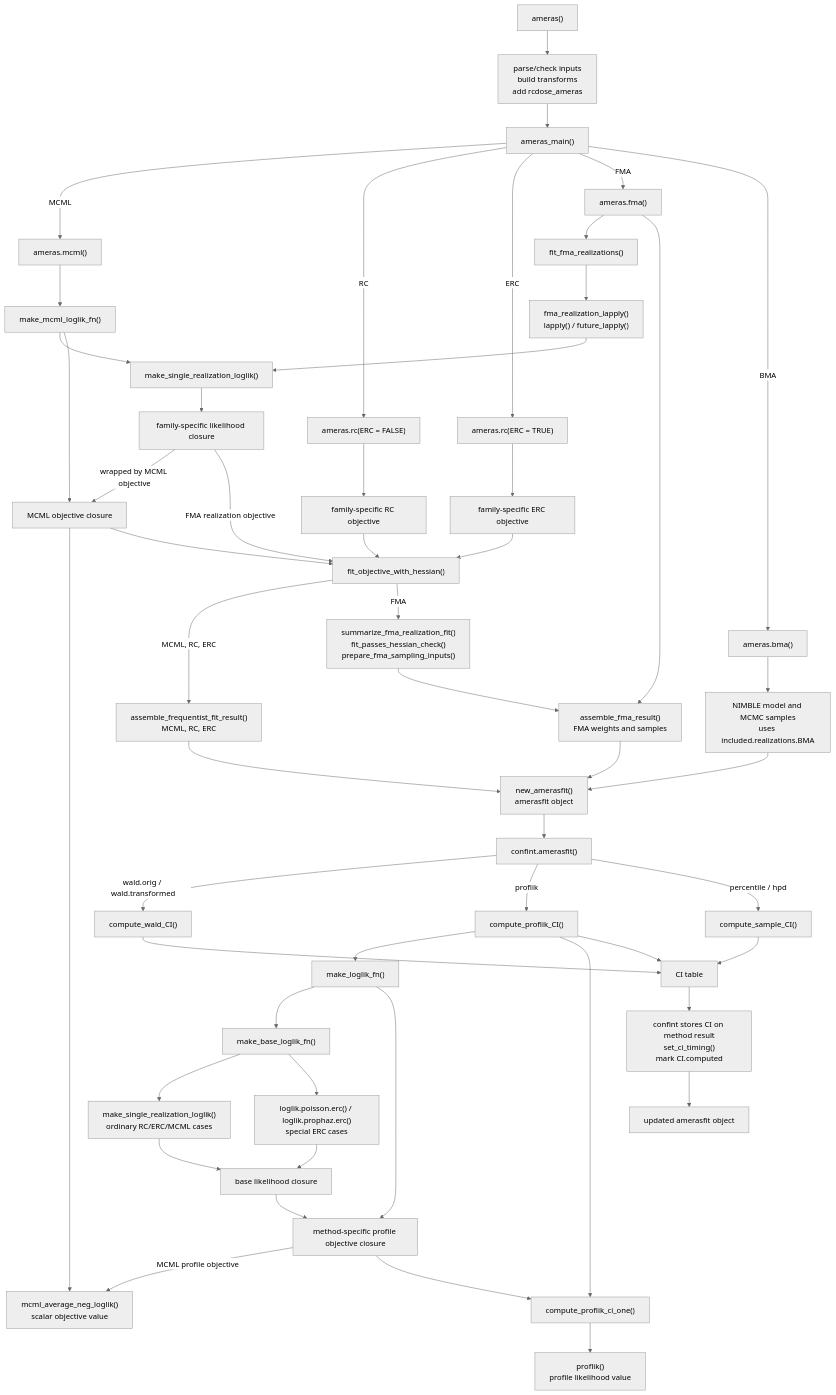
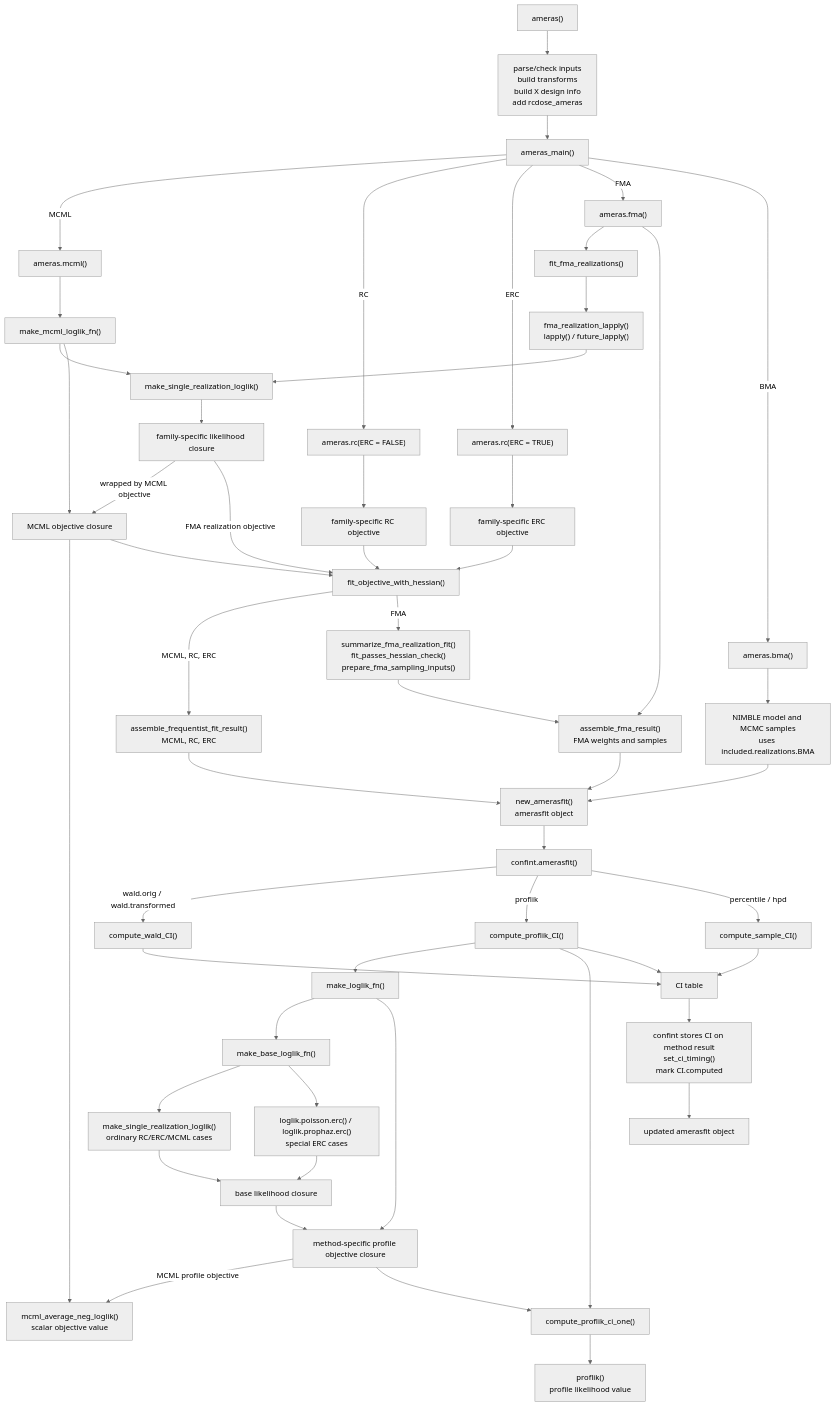
One commit to sanderroberti/ameras changed the diagram in developer-notes/helper-flow.md. Above: the diagram before and after it, drawn with Mermaid (neutral theme). The commit also changed other lines of this file and 6 other files, not shown here.

````diff
--- a/developer-notes/helper-flow.md
+++ b/developer-notes/helper-flow.md
@@ -9,63 +9,63 @@
 ```mermaid
 flowchart TD
-  A["ameras()"] --> B["parse/check inputs<br/>build transforms<br/>add rcdose_ameras"]
+  A["ameras()"] --> B["parse/check inputs<br/>build transforms<br/>build X design info<br/>add rcdose_ameras"]
   B --> C["ameras_main()"]
 
   C -->|MCML| D["ameras.mcml()"]
   C -->|RC| E["ameras.rc(ERC = FALSE)"]
   C -->|ERC| F["ameras.rc(ERC = TRUE)"]
   C -->|FMA| G["ameras.fma()"]
   C -->|BMA| H["ameras.bma()"]
 
   D --> I["make_mcml_loglik_fn()"]
   I --> J["make_single_realization_loglik()"]
   J --> JA["family-specific likelihood closure"]
   I --> JB["MCML objective closure"]
   JA -->|wrapped by MCML objective| JB
   JB --> AB["mcml_average_neg_loglik()<br/>scalar objective value"]
   JB --> N["fit_objective_with_hessian()"]
 
   E --> K["family-specific RC objective"]
   F --> L["family-specific ERC objective"]
   K --> N
   L --> N
 
   G --> M["fit_fma_realizations()"]
   M --> ML["fma_realization_lapply()<br/>lapply() / future_lapply()"]
   ML --> J
   JA -->|FMA realization objective| N
 
   N -->|MCML, RC, ERC| O["assemble_frequentist_fit_result()<br/>MCML, RC, ERC"]
   N -->|FMA| P["summarize_fma_realization_fit()<br/>fit_passes_hessian_check()<br/>prepare_fma_sampling_inputs()"]
 
   G --> Q["assemble_fma_result()<br/>FMA weights and samples"]
   P --> Q
   H --> R["NIMBLE model and MCMC samples<br/>uses included.realizations.BMA"]
 
   O --> S["new_amerasfit()<br/>amerasfit object"]
   Q --> S
   R --> S
 
   S --> T["confint.amerasfit()"]
   T -->|wald.orig / wald.transformed| U["compute_wald_CI()"]
   T -->|proflik| V["compute_proflik_CI()"]
   T -->|percentile / hpd| W["compute_sample_CI()"]
 
   V --> X["make_loglik_fn()"]
   X --> Y["make_base_loglik_fn()"]
   Y --> Z["make_single_realization_loglik()<br/>ordinary RC/ERC/MCML cases"]
   Y --> AA["loglik.poisson.erc() / loglik.prophaz.erc()<br/>special ERC cases"]
   Z --> AE["base likelihood closure"]
   AA --> AE
   X --> AF["method-specific profile objective closure"]
   AE --> AF
   AF -->|MCML profile objective| AB
   AF --> AC["compute_proflik_ci_one()"]
   V --> AC
   AC --> AD["proflik()<br/>profile likelihood value"]
   U --> AG["CI table"]
   V --> AG
   W --> AG
   AG --> AH["confint stores CI on method result<br/>set_ci_timing()<br/>mark CI.computed"]
   AH --> AI["updated amerasfit object"]
 ```
````
